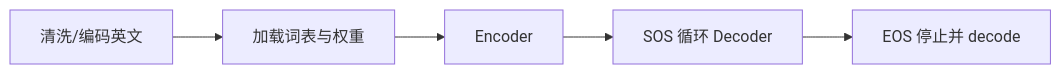
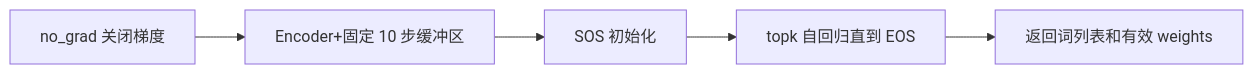
Before and after one commit to luyunix/nlp_study: the first of 2 diagrams in notes/seq2seq-translation/24-prediction-code.md, drawn with Mermaid. The commit also changed other lines of this file and 66 other files, not shown here.

````diff
--- a/notes/seq2seq-translation/24-prediction-code.md
+++ b/notes/seq2seq-translation/24-prediction-code.md
@@ -17,12 +17,12 @@
 ```mermaid
 flowchart LR
-    N0["清洗/编码英文"]
-    N1["加载词表与权重"]
-    N2["Encoder"]
-    N3["SOS 循环 Decoder"]
-    N4["EOS 停止并 decode"]
+    N0["no_grad 关闭梯度"]
+    N1["Encoder+固定 10 步缓冲区"]
+    N2["SOS 初始化"]
+    N3["topk 自回归直到 EOS"]
+    N4["返回词列表和有效 weights"]
     N0 --> N1
     N1 --> N2
     N2 --> N3
     N3 --> N4
 ```
````
